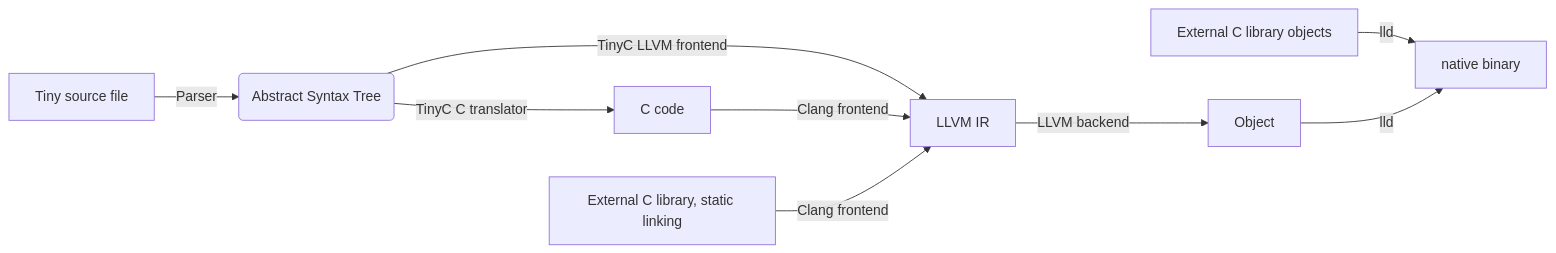
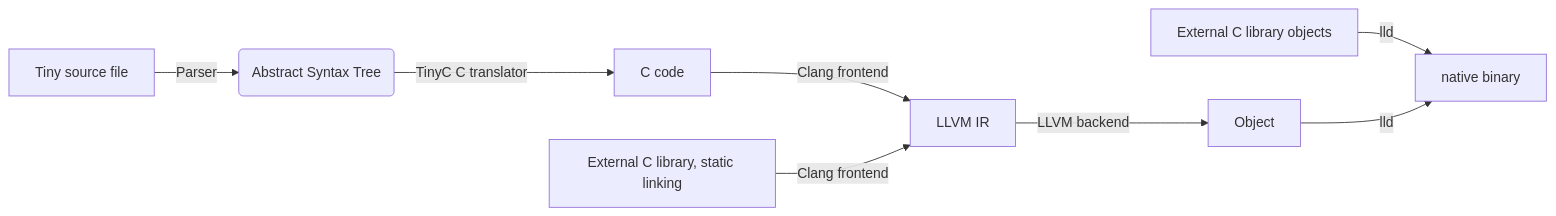
Before and after one commit to tinylang-org/tiny: the diagram in README.md, drawn with Mermaid.

````diff
--- a/README.md
+++ b/README.md
@@ -7,11 +7,10 @@
 ```mermaid
 flowchart LR;
     A[Tiny source file] -->|Parser| B(Abstract Syntax Tree);
     B -->|TinyC C translator| D[C code]
-    B -->|TinyC LLVM frontend| E[LLVM IR]
     D -->|Clang frontend| E[LLVM IR]
     G[External C library, static linking] -->|Clang frontend| E[LLVM IR]
     E[LLVM IR] -->|LLVM backend| I[Object]
     L[External C library objects] -->|lld| P[Native binary]
     I -->|lld| P[native binary]
 ```
````
